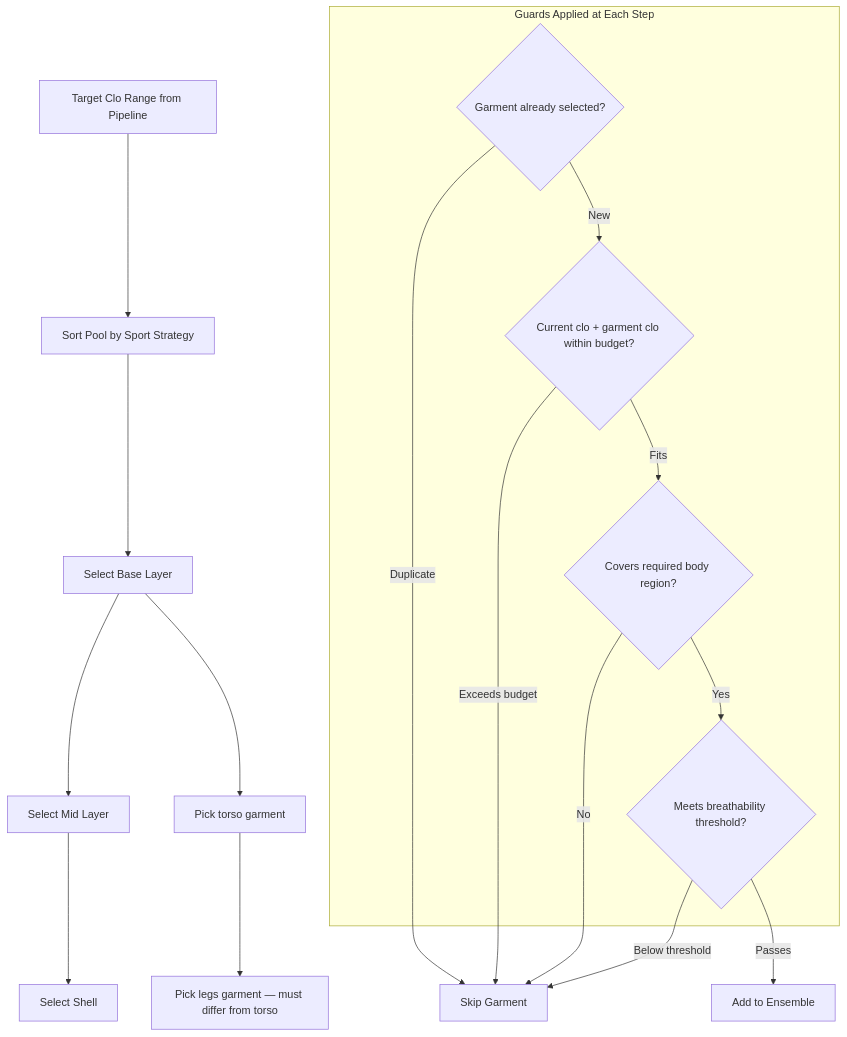
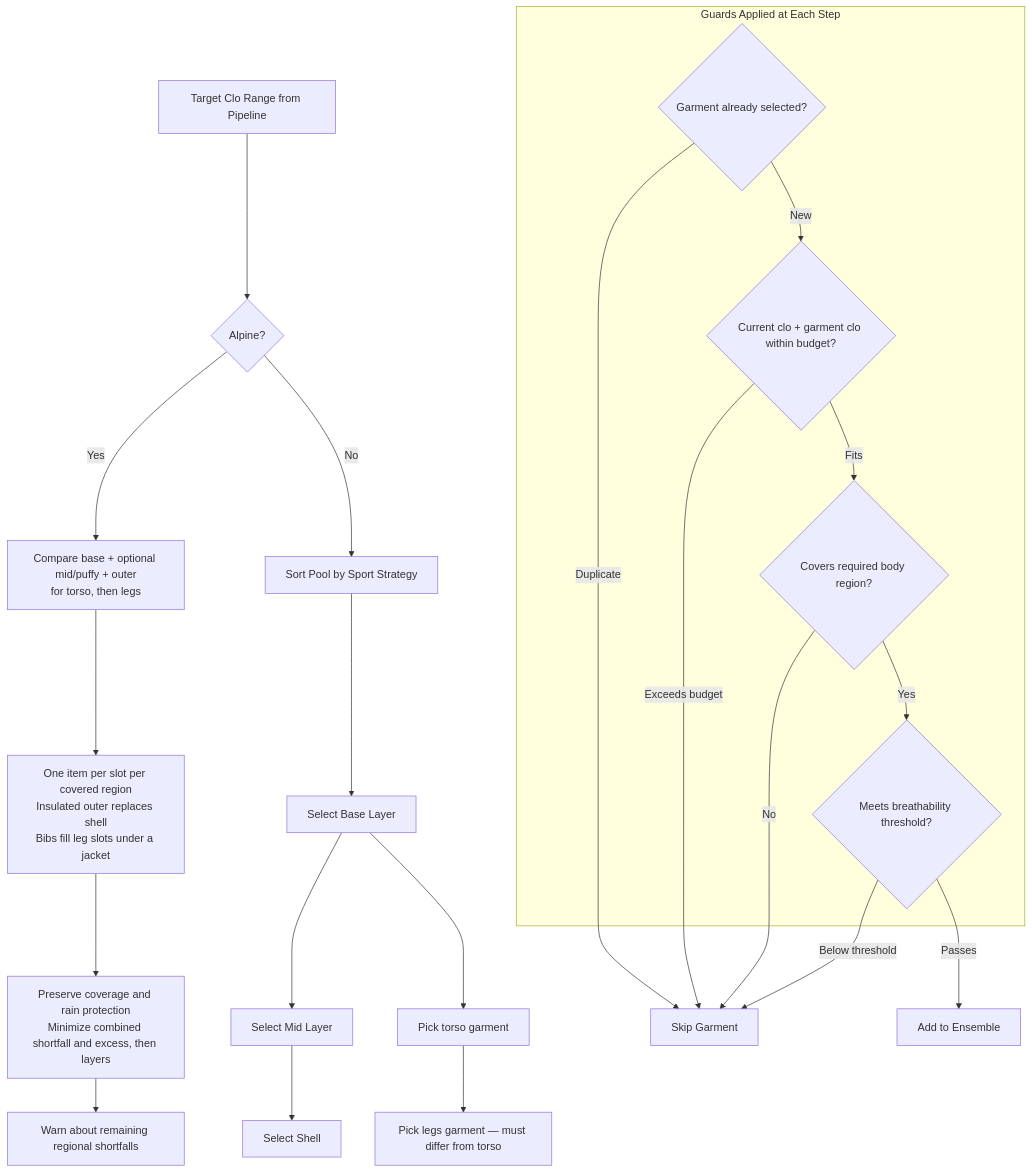
One commit to derobertsw/swttr changed the third of 6 diagrams in README.md. Above: the diagram before and after it, drawn with Mermaid. The commit also changed other lines of this file and 10 other files, not shown here.

First line of the commit message:
Prevent alpine recommendations from stacking mid layers and outerwear (#134)

````diff
--- a/README.md
+++ b/README.md
@@ -128,26 +128,31 @@
 ```mermaid
 graph TD
-    START[Target Clo Range from Pipeline] --> SORT[Sort Pool by Sport Strategy]
+    START[Target Clo Range from Pipeline] --> SPORT{Alpine?}
+    SPORT -->|Yes| COMB[Compare base + optional mid/puffy + outer<br/>for torso, then legs]
+    COMB --> CAP[One item per slot per covered region<br/>Insulated outer replaces shell<br/>Bibs fill leg slots under a jacket]
+    CAP --> REG[Preserve coverage and rain protection<br/>Minimize combined shortfall and excess, then layers]
+    REG --> WARN[Warn about remaining regional shortfalls]
+    SPORT -->|No| SORT[Sort Pool by Sport Strategy]
     SORT --> BASE[Select Base Layer]
     BASE --> MID[Select Mid Layer]
     MID --> SHELL[Select Shell]
 
     BASE --> T1[Pick torso garment]
     T1 --> L1[Pick legs garment — must differ from torso]
 
     subgraph "Guards Applied at Each Step"
         G1{Garment already selected?}
         G2{Current clo + garment clo within budget?}
         G3{Covers required body region?}
         G4{Meets breathability threshold?}
     end
 
     G1 -->|Duplicate| SKIP[Skip Garment]
     G1 -->|New| G2
     G2 -->|Exceeds budget| SKIP
     G2 -->|Fits| G3
     G3 -->|No| SKIP
     G3 -->|Yes| G4
     G4 -->|Below threshold| SKIP
     G4 -->|Passes| ADD[Add to Ensemble]
 ```
````
